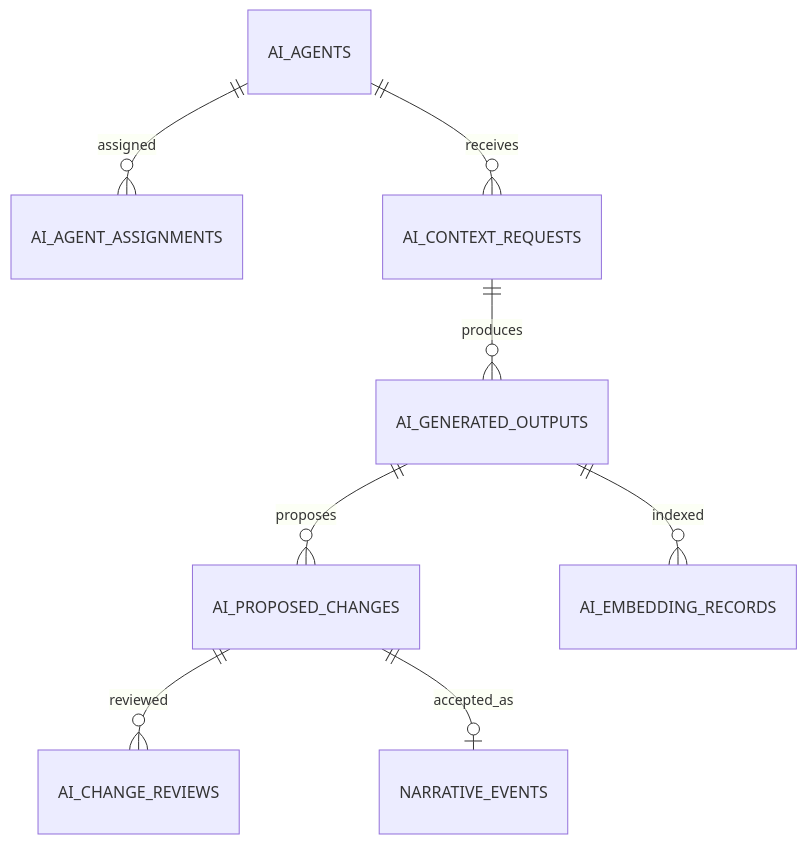
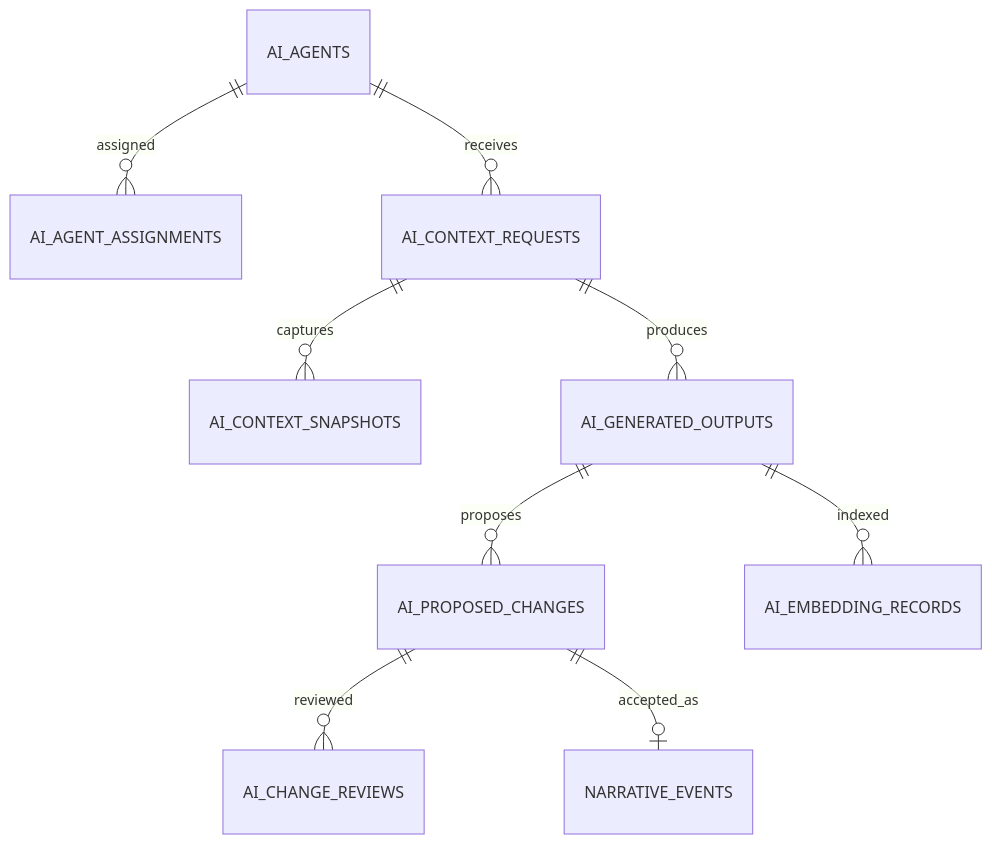
Diagram 11 of 11 in docs/architecture/DATABASE_MODEL.md (NemesisGhost/dnd_ai), drawn with Mermaid before and after one commit. The commit also changed other lines of this file and 3 other files, not shown here.

````diff
--- a/docs/architecture/DATABASE_MODEL.md
+++ b/docs/architecture/DATABASE_MODEL.md
@@ -601,10 +705,11 @@
 ```mermaid
 erDiagram
     AI_AGENTS ||--o{ AI_AGENT_ASSIGNMENTS : assigned
     AI_AGENTS ||--o{ AI_CONTEXT_REQUESTS : receives
+    AI_CONTEXT_REQUESTS ||--o{ AI_CONTEXT_SNAPSHOTS : captures
     AI_CONTEXT_REQUESTS ||--o{ AI_GENERATED_OUTPUTS : produces
     AI_GENERATED_OUTPUTS ||--o{ AI_PROPOSED_CHANGES : proposes
     AI_PROPOSED_CHANGES ||--o{ AI_CHANGE_REVIEWS : reviewed
     AI_PROPOSED_CHANGES ||--o| NARRATIVE_EVENTS : accepted_as
     AI_GENERATED_OUTPUTS ||--o{ AI_EMBEDDING_RECORDS : indexed
 ```
````
